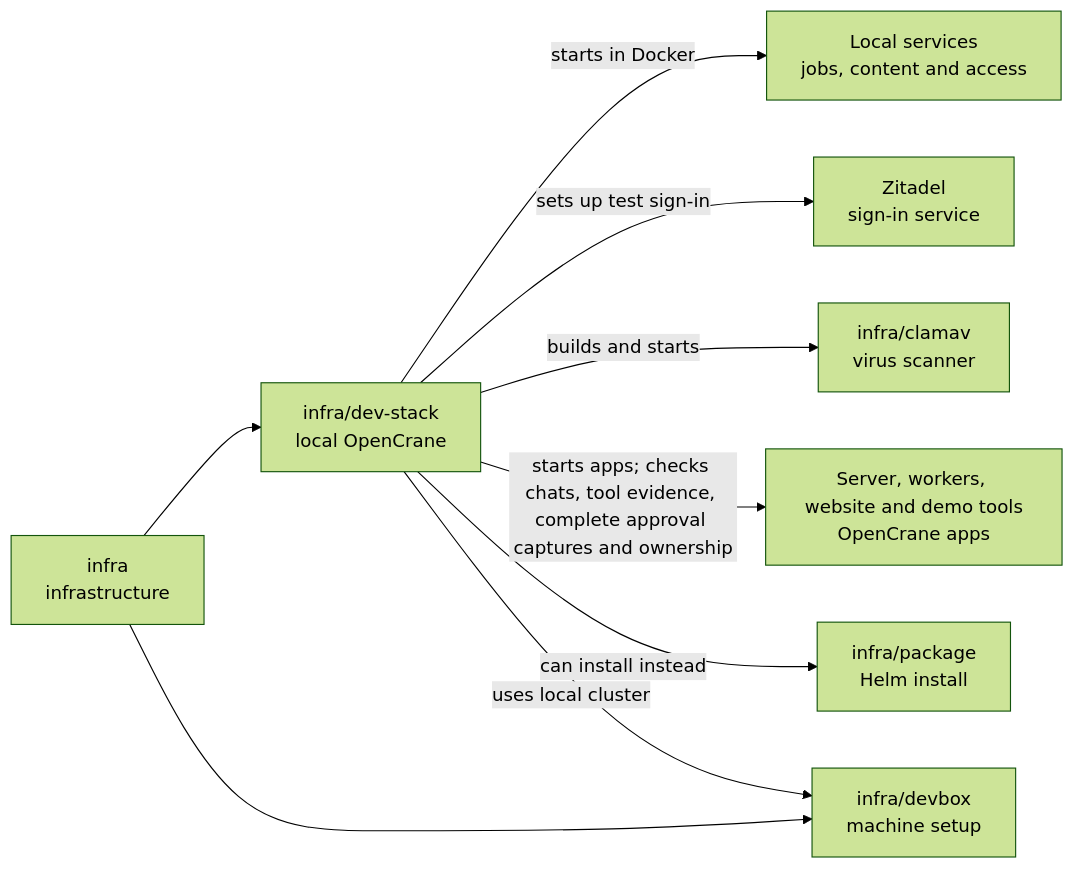
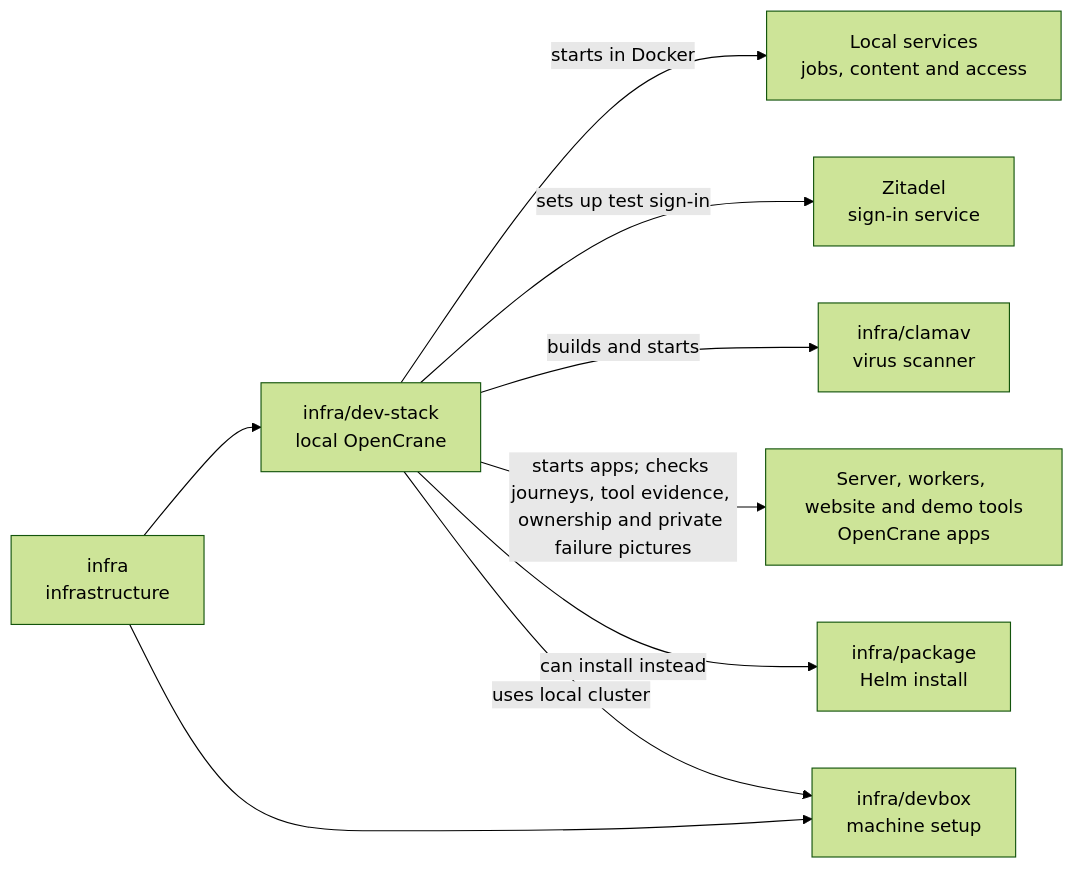
One commit to elewa-git/opencrane-new changed the diagram in infra/dev-stack/README.md. Above: the diagram before and after it, drawn with Mermaid (forest theme). The commit also changed other lines of this file and 5 other files, not shown here.

````diff
--- a/infra/dev-stack/README.md
+++ b/infra/dev-stack/README.md
@@ -16,11 +16,11 @@
 ```mermaid
 flowchart LR
   infra["infra<br/>infrastructure"] --> stack["infra/dev-stack<br/>local OpenCrane"]
   infra --> devbox["infra/devbox<br/>machine setup"]
   stack -->|starts in Docker| services["Local services<br/>jobs, content and access"]
   stack -->|sets up test sign-in| zitadel["Zitadel<br/>sign-in service"]
   stack -->|builds and starts| clamav["infra/clamav<br/>virus scanner"]
-  stack -->|starts apps; checks chats, tool evidence, complete approval captures and ownership| apps["Server, workers, website and demo tools<br/>OpenCrane apps"]
+  stack -->|starts apps; checks journeys, tool evidence, ownership and private failure pictures| apps["Server, workers, website and demo tools<br/>OpenCrane apps"]
   stack -->|can install instead| package["infra/package<br/>Helm install"]
   stack -->|uses local cluster| devbox
 ```
````
